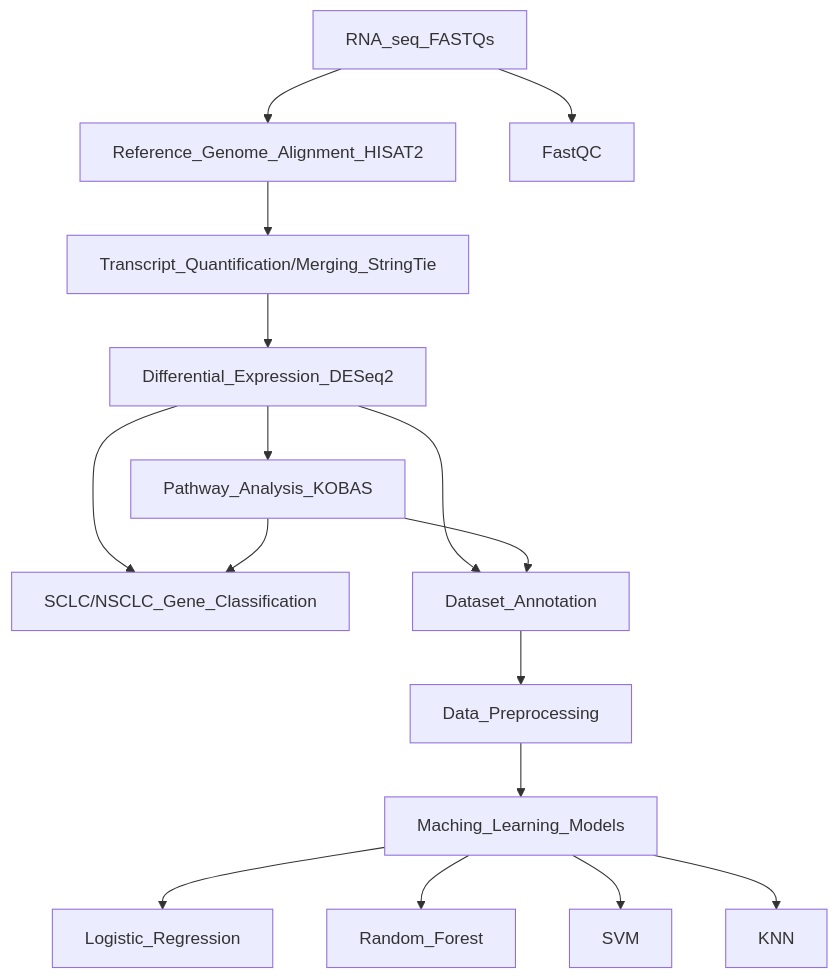
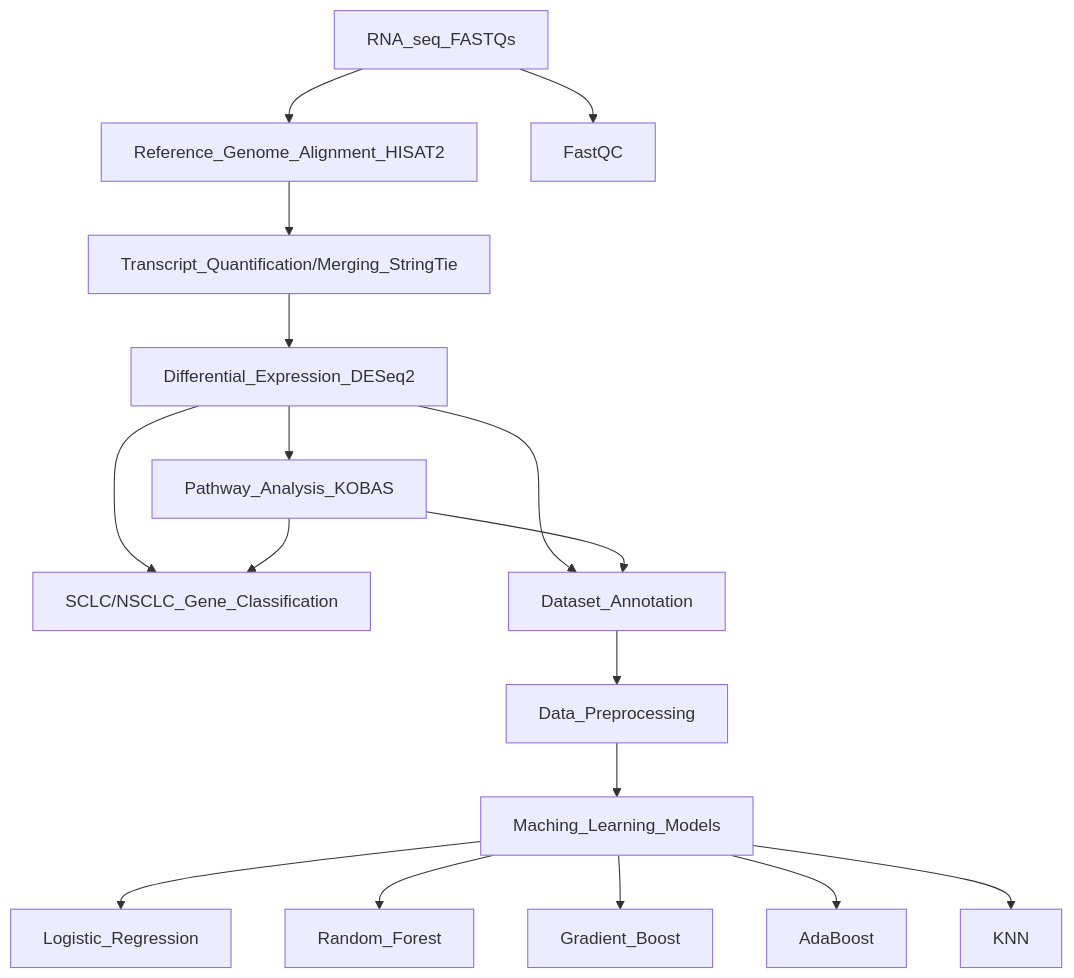
Before and after one commit to aharia22/Novel-Biomarker-Prediction-for-Lung-Cancer: the first of 3 diagrams in README.md, drawn with Mermaid.

````diff
--- a/README.md
+++ b/README.md
@@ -15,18 +15,19 @@
 ```mermaid
 graph TD;
     RNA_seq_FASTQs-->Reference_Genome_Alignment_HISAT2;
     RNA_seq_FASTQs-->FastQC;
     Reference_Genome_Alignment_HISAT2-->Transcript_Quantification/Merging_StringTie;
     Transcript_Quantification/Merging_StringTie-->Differential_Expression_DESeq2;
     Differential_Expression_DESeq2-->Pathway_Analysis_KOBAS;
     Differential_Expression_DESeq2-->SCLC/NSCLC_Gene_Classification;
     Pathway_Analysis_KOBAS-->SCLC/NSCLC_Gene_Classification;
     Differential_Expression_DESeq2-->Dataset_Annotation;
     Pathway_Analysis_KOBAS-->Dataset_Annotation;
     Dataset_Annotation-->Data_Preprocessing;
     Data_Preprocessing-->Maching_Learning_Models;
     Maching_Learning_Models-->Logistic_Regression;
     Maching_Learning_Models-->Random_Forest;
-    Maching_Learning_Models-->SVM;
+    Maching_Learning_Models-->Gradient_Boost;
+    Maching_Learning_Models-->AdaBoost;
     Maching_Learning_Models-->KNN;
 ```
````
